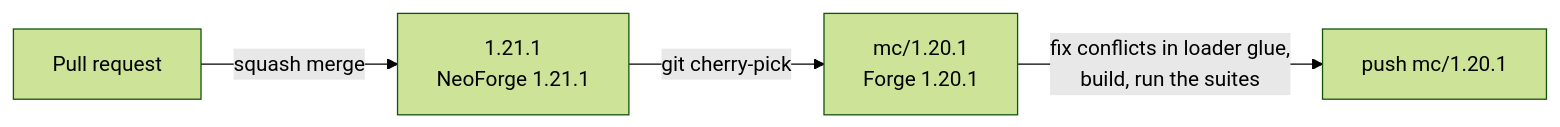
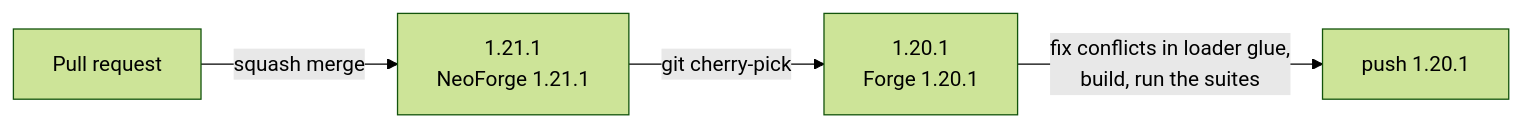
Before and after one commit to SenDeliver/create-octo-arms: the diagram in CONTRIBUTING.md, drawn with Mermaid (forest theme). The commit also changed other lines of this file and 6 other files, not shown here.

````diff
--- a/CONTRIBUTING.md
+++ b/CONTRIBUTING.md
@@ -30,6 +30,6 @@
 ```mermaid
 flowchart LR
   pr["Pull request"] -->|squash merge| b121["1.21.1<br/>NeoForge 1.21.1"]
-  b121 -->|git cherry-pick| b120["mc/1.20.1<br/>Forge 1.20.1"]
-  b120 -->|"fix conflicts in loader glue,<br/>build, run the suites"| done["push mc/1.20.1"]
+  b121 -->|git cherry-pick| b120["1.20.1<br/>Forge 1.20.1"]
+  b120 -->|"fix conflicts in loader glue,<br/>build, run the suites"| done["push 1.20.1"]
 ```
````
